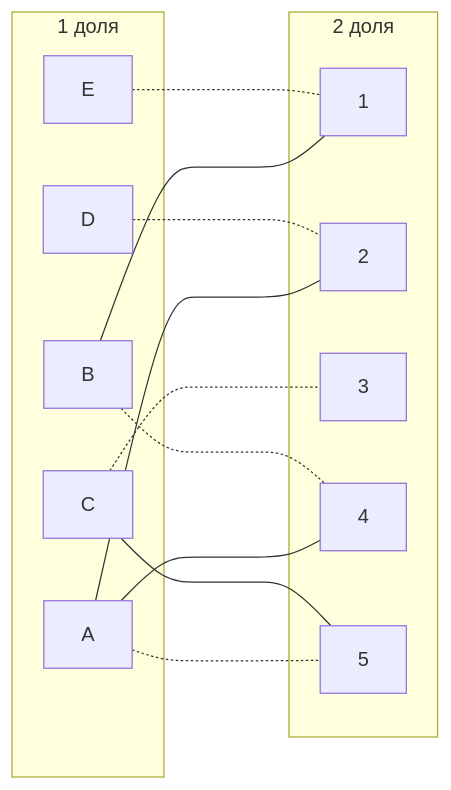
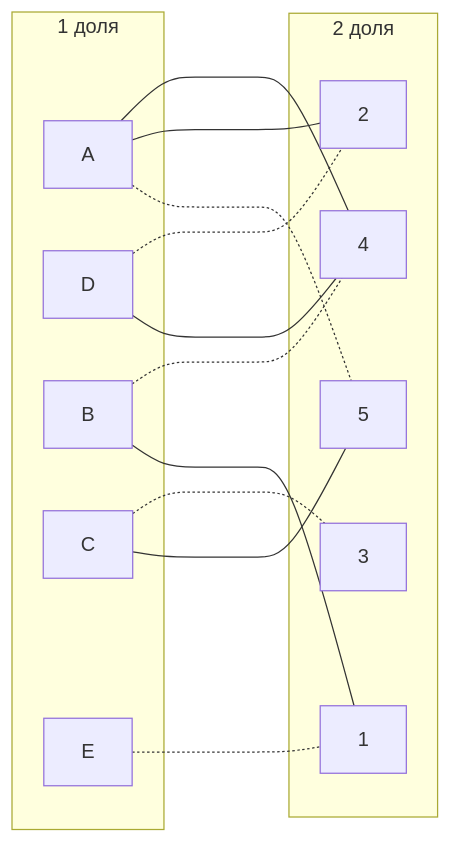
Before and after one commit to HSE-algo-23-crow/manual_tasks: the ninth of 9 diagrams in task_13/gigacode_task_13.md, drawn with Mermaid.

````diff
--- a/task_13/gigacode_task_13.md
+++ b/task_13/gigacode_task_13.md
@@ -230,26 +230,27 @@
 ```mermaid
 graph LR
     subgraph "1 доля"
         A[A]
         D[D]
         B[B]
         C[C]
         E[E]
     end
     subgraph "2 доля"
         1[1]
         2[2]
         3[3]
         4[4]
         5[5]
     end
     A ---- 4
     A ---- 2
     A -..- 5
     B -..- 4
     B ---- 1
     C -..- 3
     C ---- 5
     D -..- 2
+    D ---- 4
     E -..- 1
 ```
````
